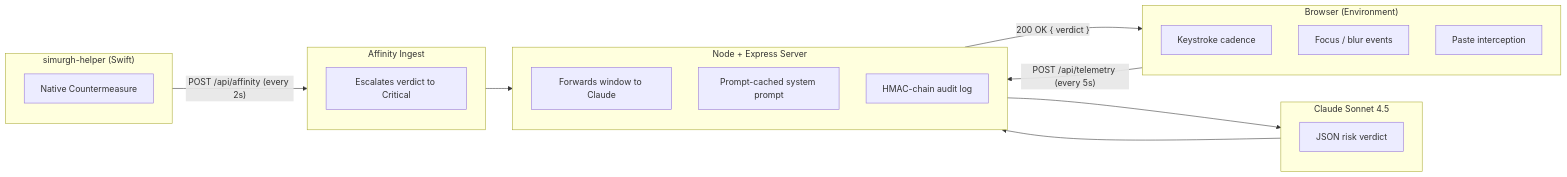
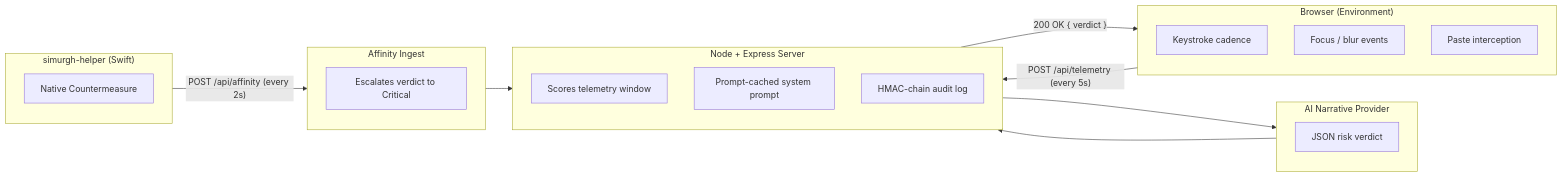
One commit to Raoof128/Project-Simurgh changed the diagram in README.md. Above: the diagram before and after it, drawn with Mermaid. The commit also changed other lines of this file and 2 other files, not shown here.

````diff
--- a/README.md
+++ b/README.md
@@ -95,36 +95,36 @@
 ```mermaid
 flowchart LR
     subgraph Client["Browser (Environment)"]
         direction TB
         K["Keystroke cadence"]
         F["Focus / blur events"]
         P["Paste interception"]
     end
 
     subgraph Server["Node + Express Server"]
         direction TB
-        FW["Forwards window to Claude"]
+        FW["Scores telemetry window"]
         PS["Prompt-cached system prompt"]
         HMAC["HMAC-chain audit log"]
     end
 
-    subgraph Claude["Claude Sonnet 4.5"]
+    subgraph Narrative["AI Narrative Provider"]
         V["JSON risk verdict"]
     end
 
     subgraph Helper["simurgh-helper (Swift)"]
         direction TB
         NC["Native Countermeasure"]
     end
 
     subgraph Affinity["Affinity Ingest"]
         ESC["Escalates verdict to Critical"]
     end
 
     Client -- "POST /api/telemetry (every 5s)" --> Server
     Server -- "200 OK { verdict }" --> Client
-    Server --> Claude
-    Claude --> Server
+    Server --> Narrative
+    Narrative --> Server
     Helper -- "POST /api/affinity (every 2s)" --> Affinity
     Affinity --> Server
 ```
````
